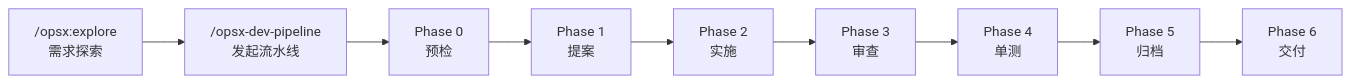
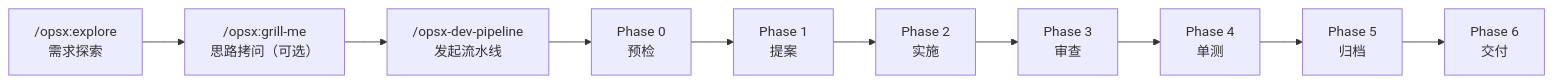
Before and after one commit to ZhaoYis/My-Skills: the first of 3 diagrams in dev-pipeline/docs/practice-guide.md, drawn with Mermaid. The commit also changed other lines of this file and 7 other files, not shown here.

````diff
--- a/dev-pipeline/docs/practice-guide.md
+++ b/dev-pipeline/docs/practice-guide.md
@@ -127,11 +146,12 @@
 ```mermaid
 flowchart LR
-    A["/opsx:explore<br/>需求探索"] --> B["/opsx-dev-pipeline<br/>发起流水线"]
-    B --> C["Phase 0<br/>预检"]
-    C --> D["Phase 1<br/>提案"]
-    D --> E["Phase 2<br/>实施"]
-    E --> F["Phase 3<br/>审查"]
-    F --> G["Phase 4<br/>单测"]
-    G --> H["Phase 5<br/>归档"]
-    H --> I["Phase 6<br/>交付"]
+    A["/opsx:explore<br/>需求探索"] --> B["/opsx:grill-me<br/>思路拷问（可选）"]
+    B --> C["/opsx-dev-pipeline<br/>发起流水线"]
+    C --> D["Phase 0<br/>预检"]
+    D --> E["Phase 1<br/>提案"]
+    E --> F["Phase 2<br/>实施"]
+    F --> G["Phase 3<br/>审查"]
+    G --> H["Phase 4<br/>单测"]
+    H --> I["Phase 5<br/>归档"]
+    I --> J["Phase 6<br/>交付"]
 ```
````
